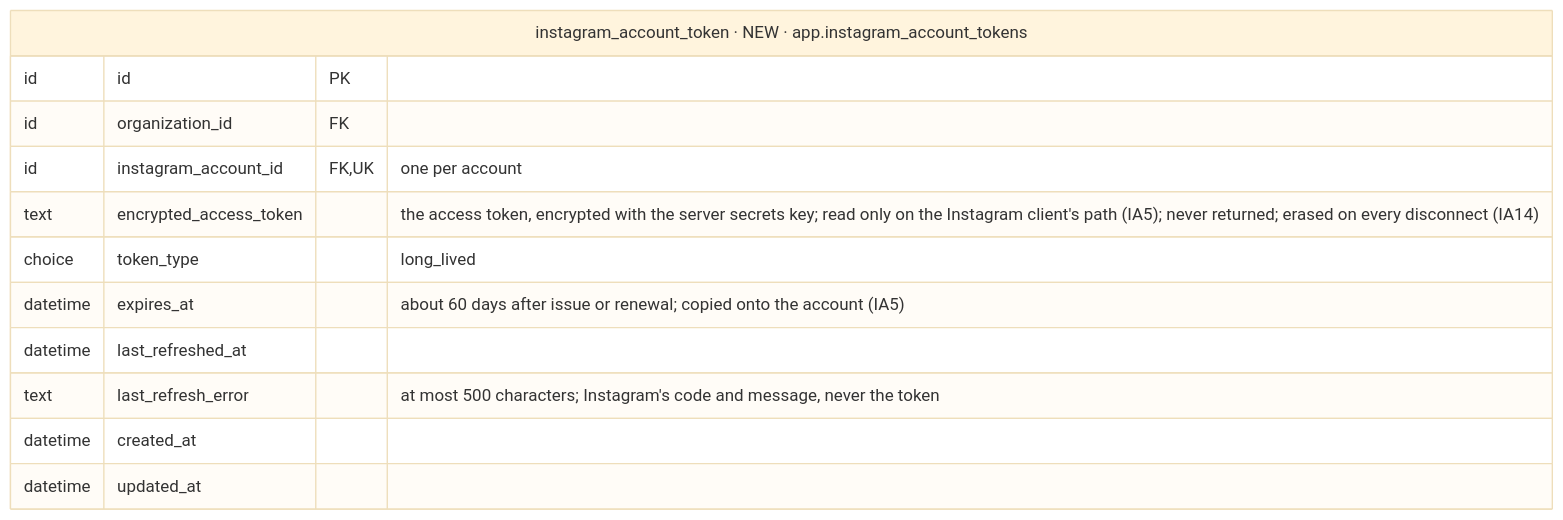
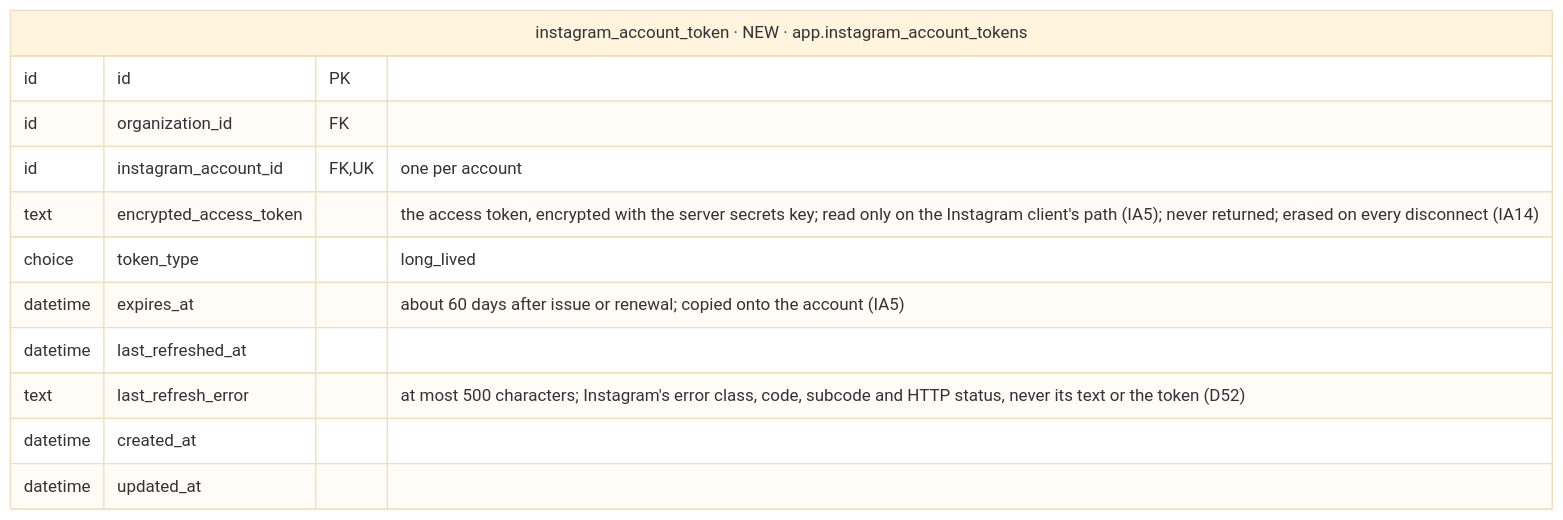
Before and after one commit to albetrios/meepzo-be: the fifth of 12 diagrams in iterations/launch-2026-11-20-ujai/plans/db-changes.md, drawn with Mermaid (base theme). The commit also changed other lines of this file and 453 other files, not shown here.

````diff
--- a/iterations/launch-2026-11-20-ujai/plans/db-changes.md
+++ b/iterations/launch-2026-11-20-ujai/plans/db-changes.md
@@ -332,15 +348,15 @@
 ```mermaid
 erDiagram
   instagram_account_token["instagram_account_token · NEW · app.instagram_account_tokens"] {
     id id PK
     id organization_id FK
     id instagram_account_id FK, UK "one per account"
     text encrypted_access_token "the access token, encrypted with the server secrets key; read only on the Instagram client's path (IA5); never returned; erased on every disconnect (IA14)"
     choice token_type "long_lived"
     datetime expires_at "about 60 days after issue or renewal; copied onto the account (IA5)"
     datetime last_refreshed_at
-    text last_refresh_error "at most 500 characters; Instagram's code and message, never the token"
+    text last_refresh_error "at most 500 characters; Instagram's error class, code, subcode and HTTP status, never its text or the token (D52)"
     datetime created_at
     datetime updated_at
   }
 ```
````
